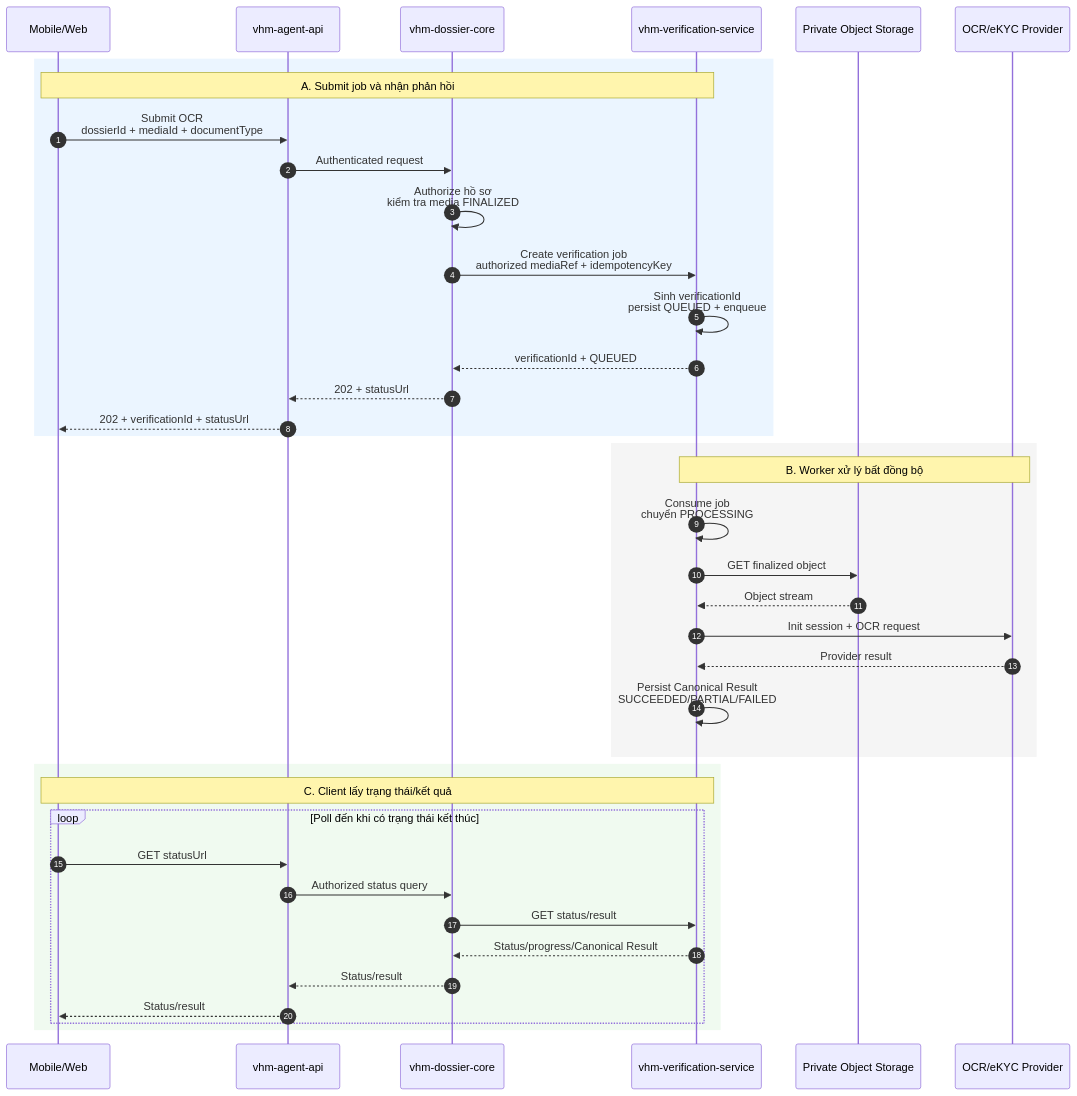
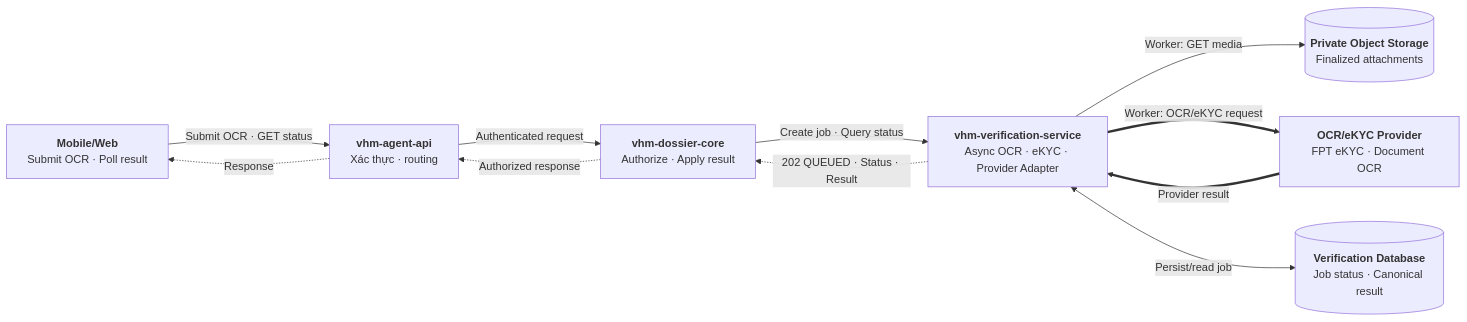
Before and after one commit to huynv-xyz/vhm: the second of 10 diagrams in noxh.md, drawn with Mermaid. The commit also changed other lines of this file, not shown here.

````diff
--- a/noxh.md
+++ b/noxh.md
@@ -175,44 +175,30 @@
 ```mermaid
-sequenceDiagram
-    autonumber
-    participant CLIENT as Mobile/Web
-    participant BFF as vhm-agent-api
-    participant DOSSIER as vhm-dossier-core
-    participant VERIFY as vhm-verification-service
-    participant MEDIA as Private Object Storage
-    participant PROVIDER as OCR/eKYC Provider
+flowchart LR
+    CLIENT["`**Mobile/Web**
+Submit OCR · Poll result`"]
+    BFF["`**vhm-agent-api**
+Xác thực · routing`"]
+    DOSSIER["`**vhm-dossier-core**
+Authorize · Apply result`"]
+    VERIFY["`**vhm-verification-service**
+Async OCR · eKYC · Provider Adapter`"]
+    MEDIA[("`**Private Object Storage**
+Finalized attachments`")]
+    PROVIDER["`**OCR/eKYC Provider**
+FPT eKYC · Document OCR`"]
+    DB[("`**Verification Database**
+Job status · Canonical result`")]
 
-    rect rgb(235, 245, 255)
-        Note over CLIENT,VERIFY: A. Submit job và nhận phản hồi
-        CLIENT->>BFF: Submit OCR<br/>dossierId + mediaId + documentType
-        BFF->>DOSSIER: Authenticated request
-        DOSSIER->>DOSSIER: Authorize hồ sơ<br/>kiểm tra media FINALIZED
-        DOSSIER->>VERIFY: Create verification job<br/>authorized mediaRef + idempotencyKey
-        VERIFY->>VERIFY: Sinh verificationId<br/>persist QUEUED + enqueue
-        VERIFY-->>DOSSIER: verificationId + QUEUED
-        DOSSIER-->>BFF: 202 + statusUrl
-        BFF-->>CLIENT: 202 + verificationId + statusUrl
-    end
+    CLIENT -->|"Submit OCR · GET status"| BFF
+    BFF -->|"Authenticated request"| DOSSIER
+    DOSSIER -->|"Create job · Query status"| VERIFY
 
-    rect rgb(245, 245, 245)
-        Note over VERIFY,PROVIDER: B. Worker xử lý bất đồng bộ
-        VERIFY->>VERIFY: Consume job<br/>chuyển PROCESSING
-        VERIFY->>MEDIA: GET finalized object
-        MEDIA-->>VERIFY: Object stream
-        VERIFY->>PROVIDER: Init session + OCR request
-        PROVIDER-->>VERIFY: Provider result
-        VERIFY->>VERIFY: Persist Canonical Result<br/>SUCCEEDED/PARTIAL/FAILED
-    end
+    VERIFY -->|"Worker: GET media"| MEDIA
+    VERIFY ==>|"Worker: OCR/eKYC request"| PROVIDER
+    PROVIDER ==>|"Provider result"| VERIFY
+    VERIFY <-->|"Persist/read job"| DB
 
-    rect rgb(240, 250, 240)
-        Note over CLIENT,VERIFY: C. Client lấy trạng thái/kết quả
-        loop Poll đến khi có trạng thái kết thúc
-            CLIENT->>BFF: GET statusUrl
-            BFF->>DOSSIER: Authorized status query
-            DOSSIER->>VERIFY: GET status/result
-            VERIFY-->>DOSSIER: Status/progress/Canonical Result
-            DOSSIER-->>BFF: Status/result
-            BFF-->>CLIENT: Status/result
-        end
-    end
+    VERIFY -.->|"202 QUEUED · Status · Result"| DOSSIER
+    DOSSIER -.->|"Authorized response"| BFF
+    BFF -.->|"Response"| CLIENT
 ```
````
